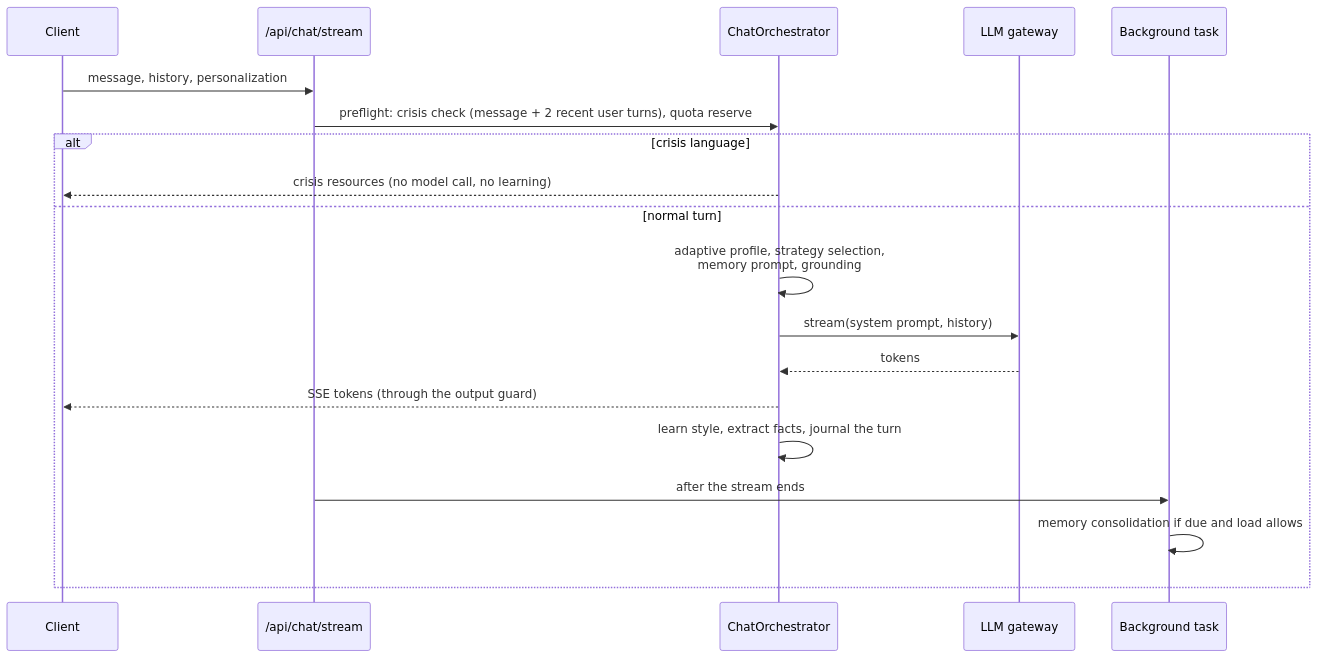
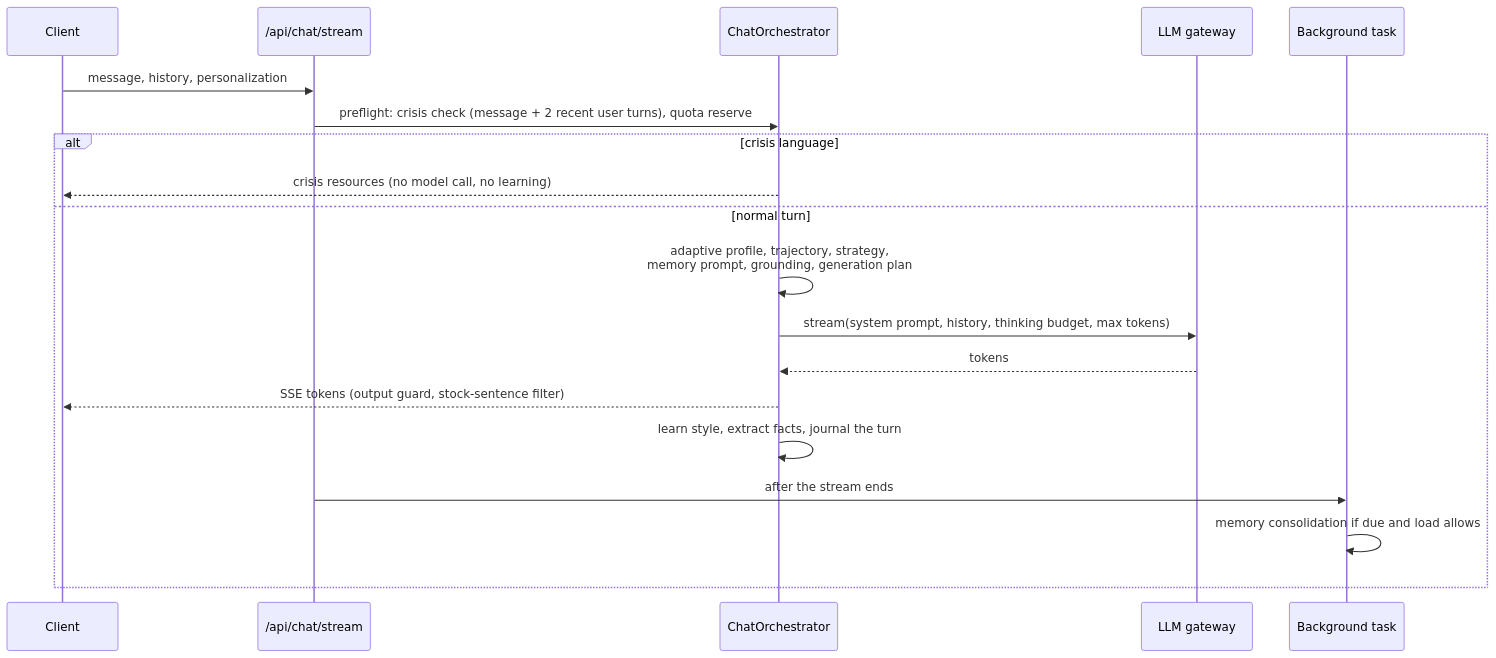
The second of 2 diagrams in docs/architecture.md (M1rw/MindPal), drawn with Mermaid before and after one commit. The commit also changed other lines of this file and 35 other files, not shown here.

````diff
--- a/docs/architecture.md
+++ b/docs/architecture.md
@@ -57,22 +57,22 @@
 ```mermaid
 sequenceDiagram
     participant C as Client
     participant H as /api/chat/stream
     participant O as ChatOrchestrator
     participant L as LLM gateway
     participant B as Background task
 
     C->>H: message, history, personalization
     H->>O: preflight: crisis check (message + 2 recent user turns), quota reserve
     alt crisis language
         O-->>C: crisis resources (no model call, no learning)
     else normal turn
-        O->>O: adaptive profile, strategy selection,<br/>memory prompt, grounding
-        O->>L: stream(system prompt, history)
+        O->>O: adaptive profile, trajectory, strategy,<br/>memory prompt, grounding, generation plan
+        O->>L: stream(system prompt, history, thinking budget, max tokens)
         L-->>O: tokens
-        O-->>C: SSE tokens (through the output guard)
+        O-->>C: SSE tokens (output guard, stock-sentence filter)
         O->>O: learn style, extract facts, journal the turn
         H->>B: after the stream ends
         B->>B: memory consolidation if due and load allows
     end
 ```
````
